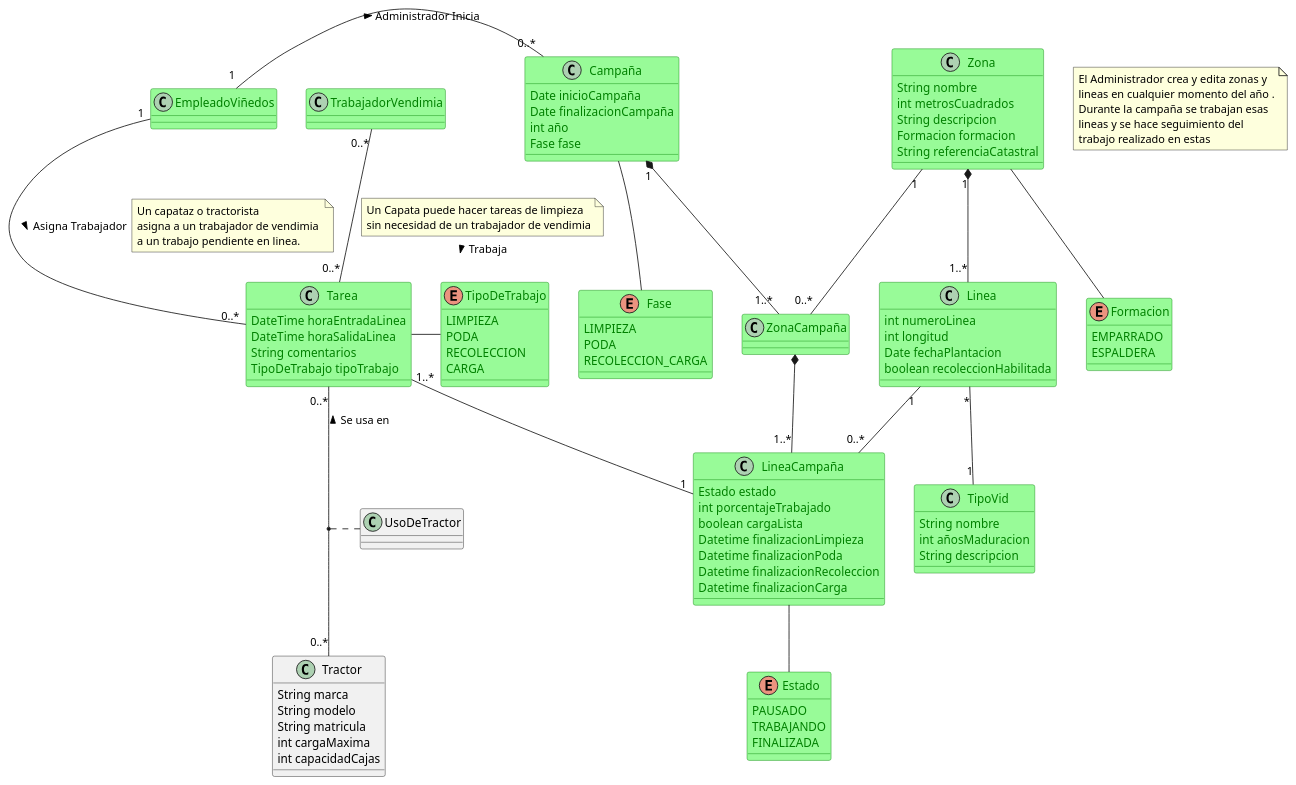
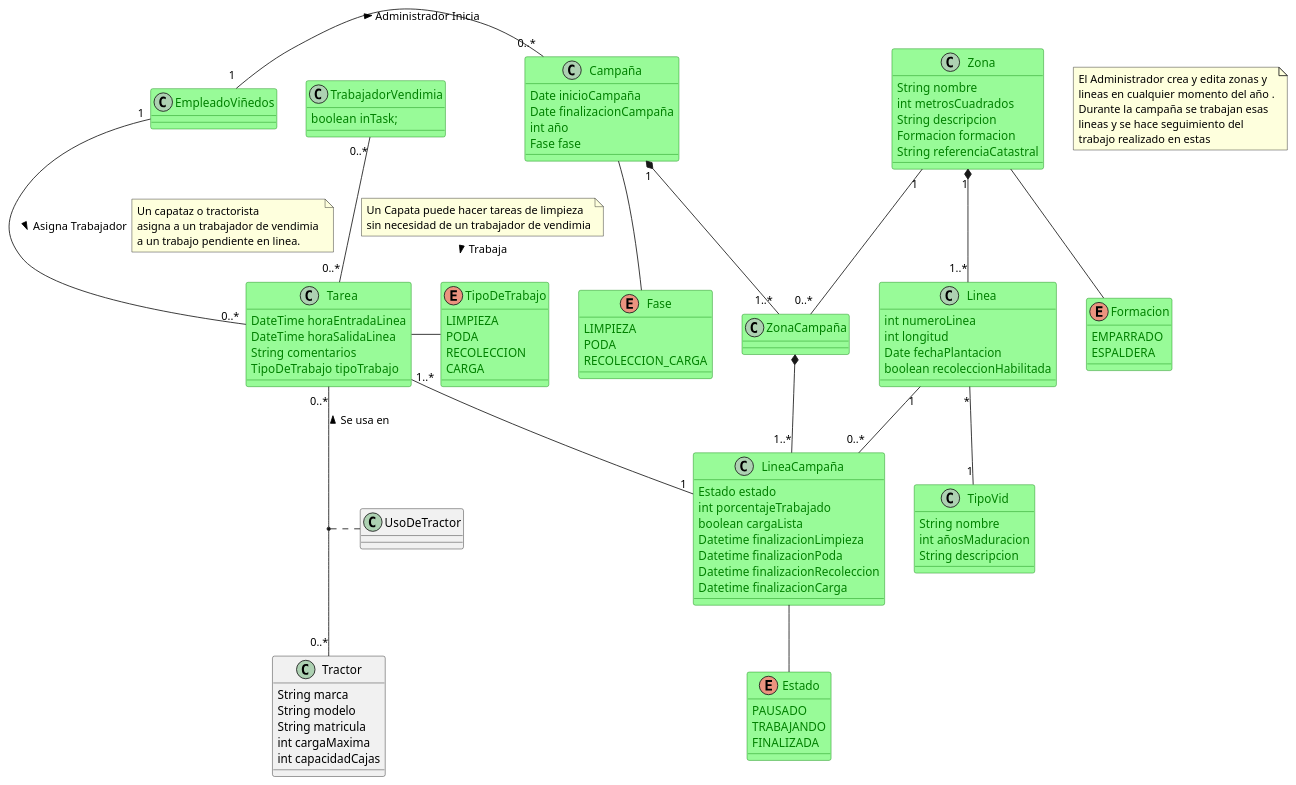
One commit to mateotd2/TFG_Harvest_Doc changed the diagram in Quinta Iteración/[Quinta Iteracion]Zona-Lineas.wsd. Above: the diagram before and after it, drawn with PlantUML. The commit also changed 1 other file, not shown here.

```diff
--- a/Quinta Iteración/[Quinta Iteracion]Zona-Lineas.wsd
+++ b/Quinta Iteración/[Quinta Iteracion]Zona-Lineas.wsd
@@ -1,156 +1,156 @@
 @startuml CapaPersistencia1
 
 
 class Zona #palegreen;line:green;text:green {
     String nombre
     int metrosCuadrados
     String descripcion
     Formacion formacion
     String referenciaCatastral
 }
 
 enum Formacion #palegreen;line:green;text:green{
     EMPARRADO
     ESPALDERA
 }
 
 note as N1
     El Administrador crea y edita zonas y 
     lineas en cualquier momento del año .
     Durante la campaña se trabajan esas 
     lineas y se hace seguimiento del
     trabajo realizado en estas
 end note
 class Linea #palegreen;line:green;text:green{
     int numeroLinea
     int longitud
     Date fechaPlantacion
     boolean recoleccionHabilitada
 }
 
 class TipoVid #palegreen;line:green;text:green{
     String nombre
     int añosMaduracion
     String descripcion
 }
 
 class TrabajadorVendimia #palegreen;line:green;text:green{
-
+    boolean inTask;
 }
 
 
 class Tarea #palegreen;line:green;text:green{
     DateTime horaEntradaLinea
     DateTime horaSalidaLinea    
     String comentarios
     TipoDeTrabajo tipoTrabajo
 }
 
 Enum TipoDeTrabajo #palegreen;line:green;text:green{
     LIMPIEZA
     PODA
     RECOLECCION
     CARGA
 
 }
 
 class Campaña #palegreen;line:green;text:green{
     Date inicioCampaña
     Date finalizacionCampaña
     int año
     Fase fase
 
 }
 
 class LineaCampaña #palegreen;line:green;text:green{
     Estado estado
     int porcentajeTrabajado
     boolean cargaLista
     Datetime finalizacionLimpieza
     Datetime finalizacionPoda
     Datetime finalizacionRecoleccion
     Datetime finalizacionCarga
 }
 
 enum Estado #palegreen;line:green;text:green{
     PAUSADO
     TRABAJANDO
     FINALIZADA
 }
 
 enum Fase #palegreen;line:green;text:green{
     LIMPIEZA
     PODA
     RECOLECCION_CARGA
 }
 
 
 class ZonaCampaña #palegreen;line:green;text:green{
     
 }
 
 
 class EmpleadoViñedos #palegreen;line:green;text:green{
 }
 
 class Tractor {
     String marca
     String modelo
     String matricula
     int cargaMaxima
     int capacidadCajas
 }
 
 class UsoDeTractor {
     
 }
  
 
 Zona -- Formacion 
 
 Tarea "0..*" -up- "0..*" Tractor : > Se usa en 
 
 (Tarea,Tractor) ..  UsoDeTractor
 
 EmpleadoViñedos "1" -- "0..*" Tarea : Asigna Trabajador >
 note right on link
     Un capataz o tractorista
     asigna a un trabajador de vendimia 
     a un trabajo pendiente en linea.
 end note
 
 EmpleadoViñedos "1  "-right- "0..*" Campaña : Administrador Inicia >
 
 TrabajadorVendimia "0..*" -- "0..*" Tarea : Trabaja >
 note top on link
     Un Capata puede hacer tareas de limpieza 
     sin necesidad de un trabajador de vendimia
 end note
 
 
 ' EmpleadoViñedos "1" -- "0..*" Zona : administra >
 
 Zona "1" *-- "1..*" Linea
 Linea "*" -- "1" TipoVid
 
 
 Tarea "1..*" --  "1" LineaCampaña
 
 Tarea -right- TipoDeTrabajo
 
 Linea "1" --  "0..*" LineaCampaña
 Zona "1" -- "0..*"  ZonaCampaña 
 
 LineaCampaña -- Estado
 
 Campaña "1" *-- "1..*" ZonaCampaña
 ZonaCampaña *-- "1..*" LineaCampaña 
 
 Campaña -- Fase
 
 
 
 
 ' Problema: Que pasa si una linea es deshabilitada a mitad de campaña? DEBE DESHABILITARSE de la campaña si no se hizo recoleccion. PROBAR ESTO
 
 @enduml
```
